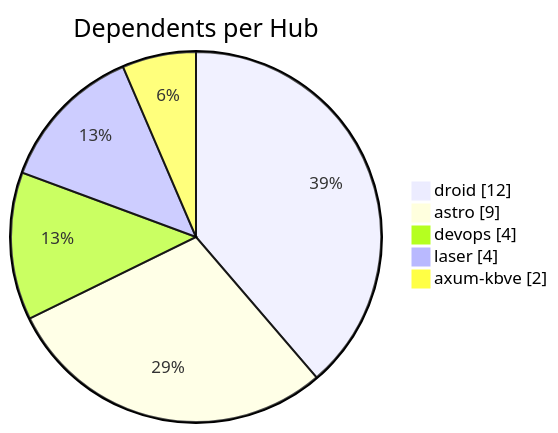
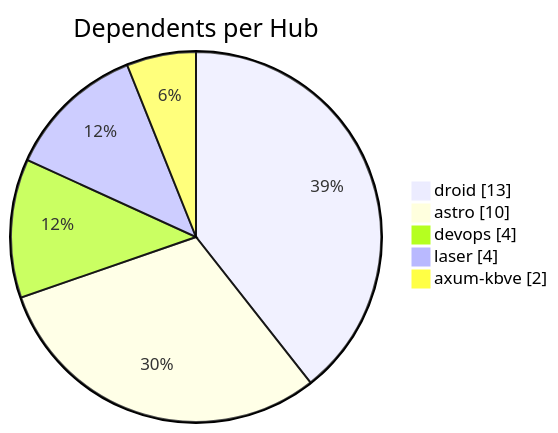
The second of 3 diagrams in apps/kbve/astro-kbve/src/content/docs/dashboard/graph.mdx (KBVE/kbve), drawn with Mermaid before and after one commit. The commit also changed other lines of this file and 8 other files, not shown here.

````diff
--- a/apps/kbve/astro-kbve/src/content/docs/dashboard/graph.mdx
+++ b/apps/kbve/astro-kbve/src/content/docs/dashboard/graph.mdx
@@ -66,9 +66,9 @@
 ```mermaid
 pie showData
     title Dependents per Hub
-    "droid" : 12
-    "astro" : 9
+    "droid" : 13
+    "astro" : 10
     "devops" : 4
     "laser" : 4
     "axum-kbve" : 2
 ```
````
